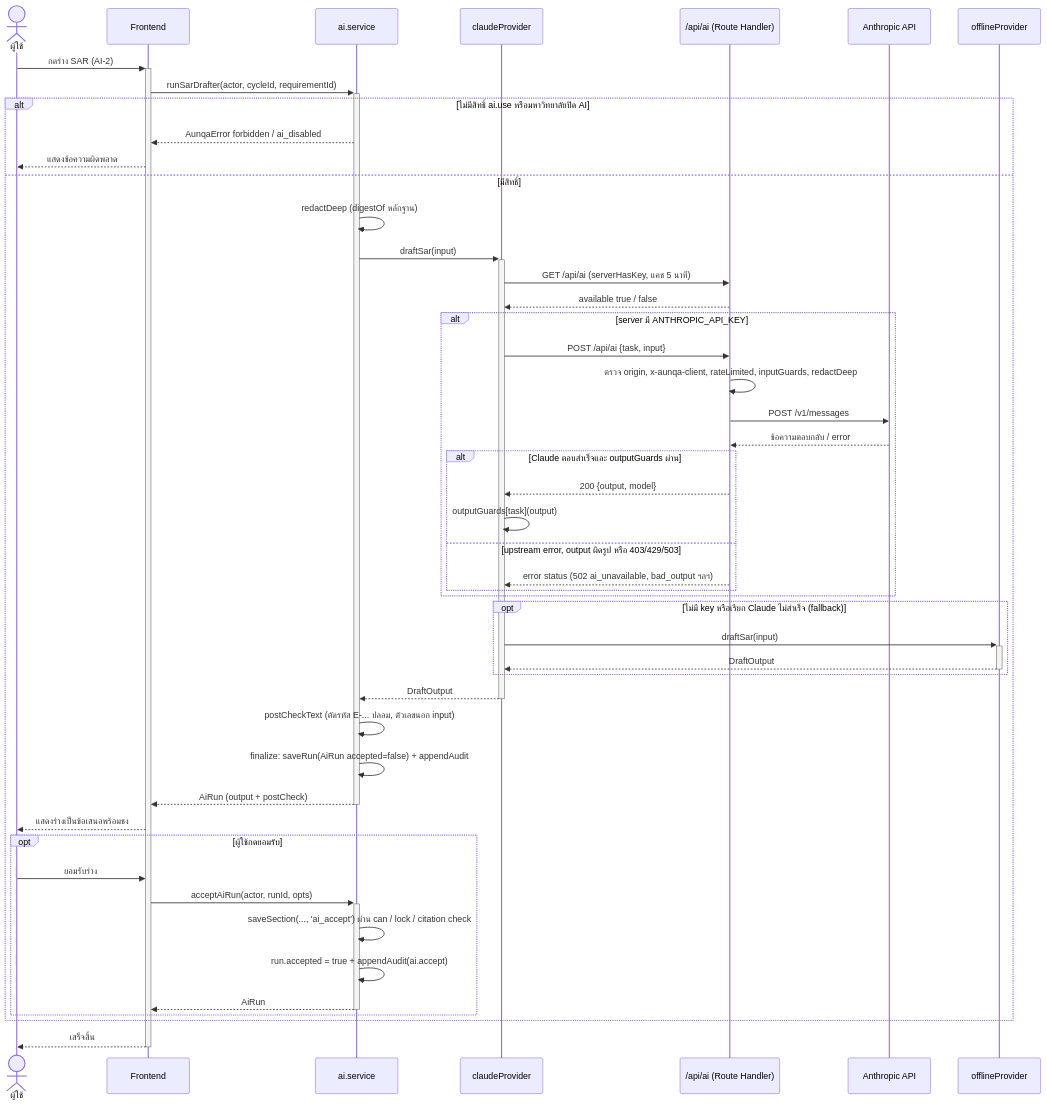
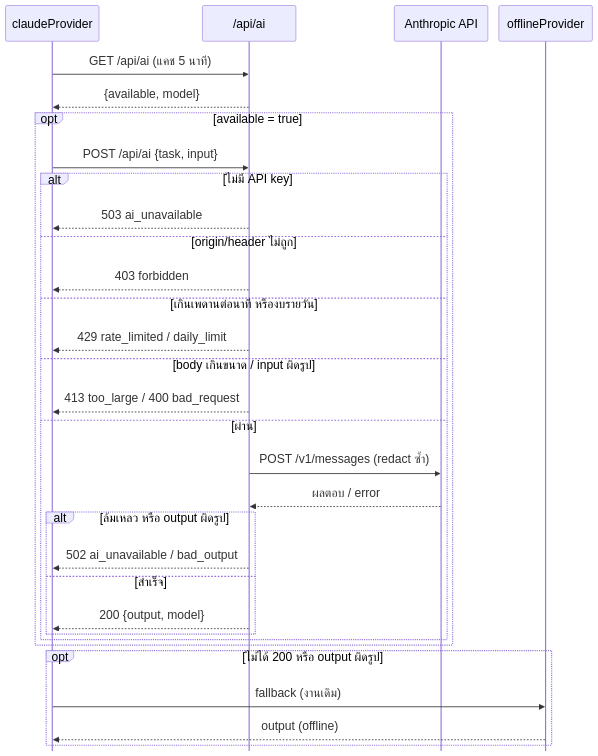
The ninth of 20 diagrams in thesis/export/GEMINI_HANDOFF.md (sunthanathza5566/project-mockup), drawn with Mermaid before and after one commit. The commit also changed other lines of this file and 34 other files, not shown here.

Commit message:
docs(TASK-0001): D3 final thesis — all chapters updated to final system, verified references, 20 diagrams + 16 screenshots, export docx + Gemini handoff

````diff
--- a/thesis/export/GEMINI_HANDOFF.md
+++ b/thesis/export/GEMINI_HANDOFF.md
@@ -569,51 +686,35 @@
 ```mermaid
-%% source: eduflow-next/lib/api/ai.service.ts:139-160,316-348; ai/claude.ts:19-47; app/api/ai/route.ts:54-109; ai/postcheck.ts | task: TASK-0001 | updated: 2026-10-21
+%% source: eduflow-next/lib/api/ai/claude.ts:19-60 (serverHasKey, viaClaude, claudeProvider); app/api/ai/route.ts:54-109 (GET, POST); lib/api/ai/ratelimit.ts:45-67 (rateLimited, dailyExhausted); lib/api/ai/guards.ts (inputGuards, outputGuards) | task: TASK-0001 | updated: 2026-10-22
+%%{init: {"fontSize": 22, "sequence": {"mirrorActors": false, "actorMargin": 20, "width": 170}}}%%
 sequenceDiagram
-  actor U as ผู้ใช้
-  participant UI as Frontend
-  participant S as ai.service
   participant P as claudeProvider
-  participant R as /api/ai (Route Handler)
+  participant R as /api/ai
   participant C as Anthropic API
   participant O as offlineProvider
-  U->>+UI: กดร่าง SAR (AI-2)
-  UI->>+S: runSarDrafter(actor, cycleId, requirementId)
-  alt ไม่มีสิทธิ์ ai.use หรือมหาวิทยาลัยปิด AI
-    S-->>UI: AunqaError forbidden / ai_disabled
-    UI-->>U: แสดงข้อความผิดพลาด
-  else มีสิทธิ์
-    S->>S: redactDeep (digestOf หลักฐาน)
-    S->>+P: draftSar(input)
-    P->>R: GET /api/ai (serverHasKey, แคช 5 นาที)
-    R-->>P: available true / false
-    alt server มี ANTHROPIC_API_KEY
-      P->>R: POST /api/ai {task, input}
-      R->>R: ตรวจ origin, x-aunqa-client, rateLimited, inputGuards, redactDeep
-      R->>C: POST /v1/messages
-      C-->>R: ข้อความตอบกลับ / error
-      alt Claude ตอบสำเร็จและ outputGuards ผ่าน
+  P->>R: GET /api/ai (แคช 5 นาที)
+  R-->>P: {available, model}
+  opt available = true
+    P->>R: POST /api/ai {task, input}
+    alt ไม่มี API key
+      R-->>P: 503 ai_unavailable
+    else origin/header ไม่ถูก
+      R-->>P: 403 forbidden
+    else เกินเพดานต่อนาที หรืองบรายวัน
+      R-->>P: 429 rate_limited / daily_limit
+    else body เกินขนาด / input ผิดรูป
+      R-->>P: 413 too_large / 400 bad_request
+    else ผ่าน
+      R->>C: POST /v1/messages (redact ซ้ำ)
+      C-->>R: ผลตอบ / error
+      alt ล้มเหลว หรือ output ผิดรูป
+        R-->>P: 502 ai_unavailable / bad_output
+      else สำเร็จ
         R-->>P: 200 {output, model}
-        P->>P: outputGuards[task](output)
-      else upstream error, output ผิดรูป หรือ 403/429/503
-        R-->>P: error status (502 ai_unavailable, bad_output ฯลฯ)
       end
     end
-    opt ไม่มี key หรือเรียก Claude ไม่สำเร็จ (fallback)
-      P->>+O: draftSar(input)
-      O-->>-P: DraftOutput
-    end
-    P-->>-S: DraftOutput
-    S->>S: postCheckText (ตัดรหัส E-... ปลอม, ตัวเลขนอก input)
-    S->>S: finalize: saveRun(AiRun accepted=false) + appendAudit
-    S-->>-UI: AiRun (output + postCheck)
-    UI-->>U: แสดงร่างเป็นข้อเสนอพร้อมธง
-    opt ผู้ใช้กดยอมรับ
-      U->>UI: ยอมรับร่าง
-      UI->>+S: acceptAiRun(actor, runId, opts)
-      S->>S: saveSection(..., 'ai_accept') ผ่าน can / lock / citation check
-      S->>S: run.accepted = true + appendAudit(ai.accept)
-      S-->>-UI: AiRun
-    end
   end
-  UI-->>-U: เสร็จสิ้น
+  opt ไม่ได้ 200 หรือ output ผิดรูป
+    P->>O: fallback (งานเดิม)
+    O-->>P: output (offline)
+  end
 ```
````
